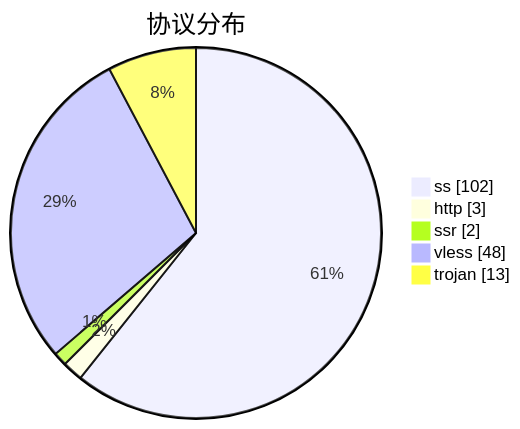
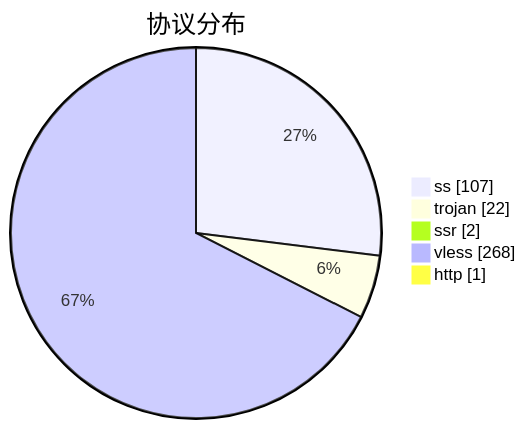
The third of 3 diagrams in subs/statistics/tested_within.md (qjlxg/airport), drawn with Mermaid before and after one commit. The commit also changed other lines of this file and 2 other files, not shown here.

````diff
--- a/subs/statistics/tested_within.md
+++ b/subs/statistics/tested_within.md
@@ -32,9 +38,9 @@
 ```mermaid
 pie showData
 title 协议分布
-"ss" : 102
-"http" : 3
+"ss" : 107
+"trojan" : 22
 "ssr" : 2
-"vless" : 48
-"trojan" : 13
+"vless" : 268
+"http" : 1
 ```
````
